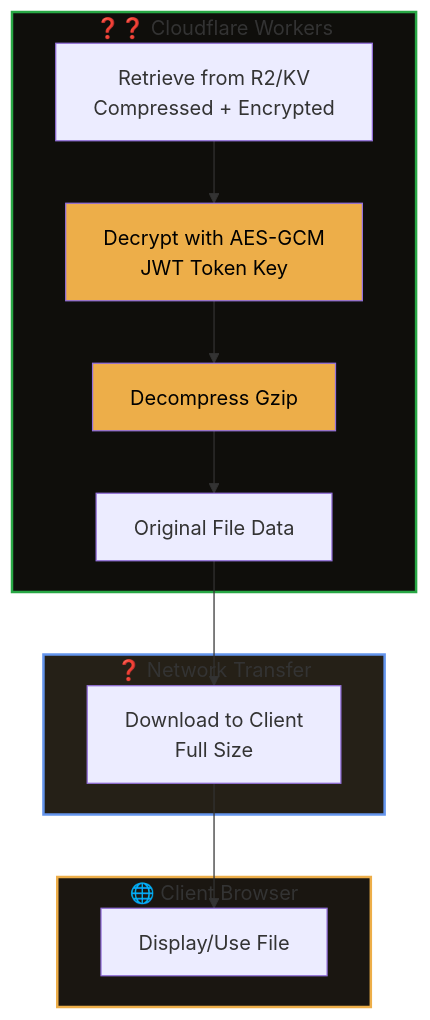
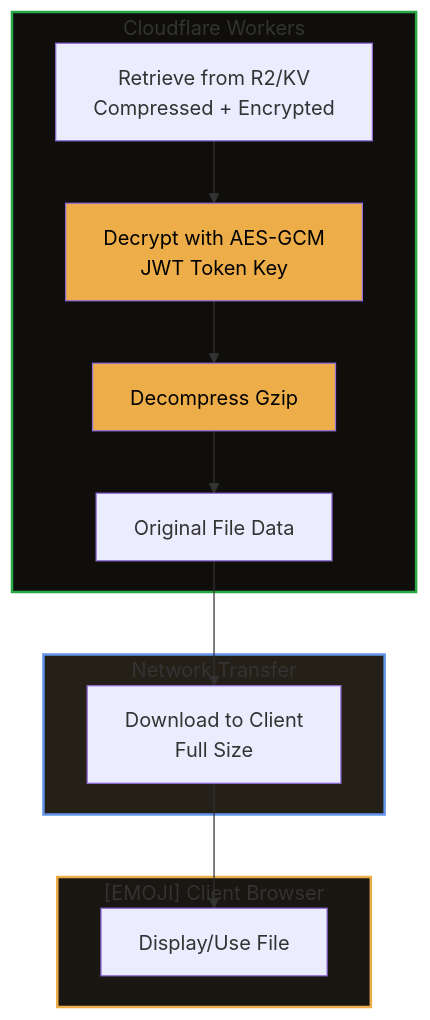
Before and after one commit to Underwood-Inc/strixun-stream-suite: the second of 3 diagrams in packages/api-framework/encryption/README.md, drawn with Mermaid. The commit also changed other lines of this file and 424 other files, not shown here.

````diff
--- a/packages/api-framework/encryption/README.md
+++ b/packages/api-framework/encryption/README.md
@@ -130,22 +130,22 @@
 ```mermaid
 flowchart TB
-    subgraph Server["❓❓ Cloudflare Workers"]
+    subgraph Server[" Cloudflare Workers"]
         A[Retrieve from R2/KV<br/>Compressed + Encrypted] --> B[Decrypt with AES-GCM<br/>JWT Token Key]
         B --> C[Decompress Gzip]
         C --> D[Original File Data]
     end
     
-    subgraph Network["❓ Network Transfer"]
+    subgraph Network[" Network Transfer"]
         D --> E[Download to Client<br/>Full Size]
     end
     
-    subgraph Client["🌐 Client Browser"]
+    subgraph Client["[EMOJI] Client Browser"]
         E --> F[Display/Use File]
     end
     
     style Server fill:#0f0e0b,stroke:#28a745,stroke-width:2px
     style Network fill:#252017,stroke:#6495ed,stroke-width:2px
     style Client fill:#1a1611,stroke:#edae49,stroke-width:2px
     style B fill:#edae49,color:#000
     style C fill:#edae49,color:#000
 ```
````
